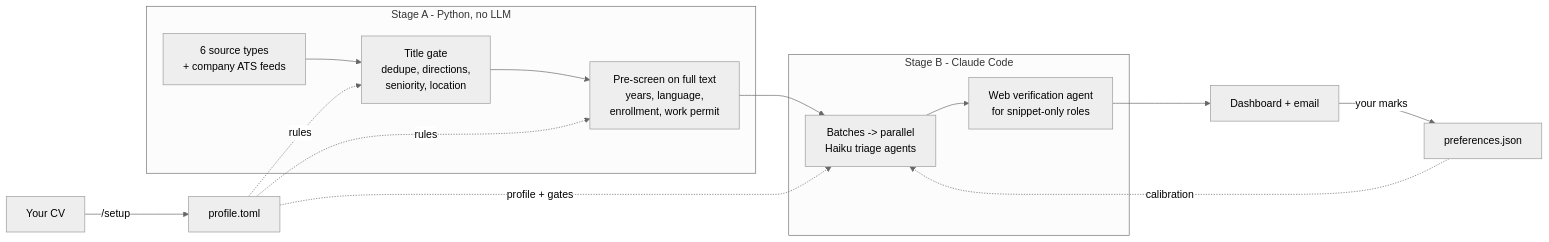
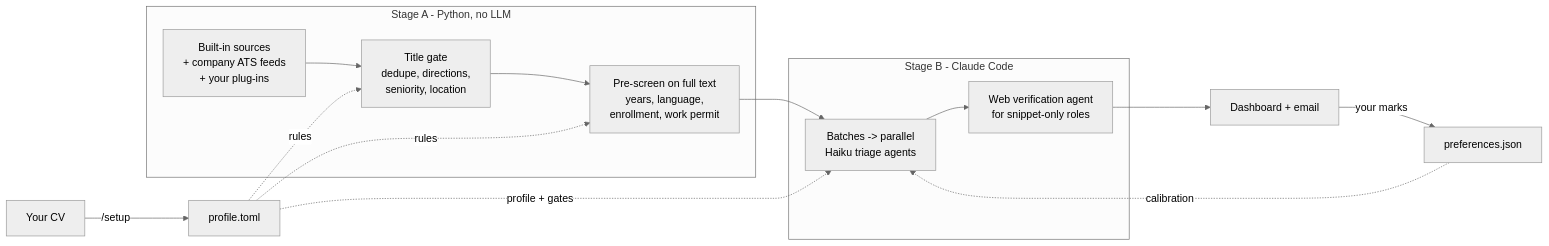
Before and after one commit to Yangzhou8833/job-radar: the diagram in README.md, drawn with Mermaid (neutral theme). The commit also changed other lines of this file and 10 other files, not shown here.

First line of the commit message:
Pluggable sources: sources_custom/ plug-ins, company_boards, /add-source

````diff
--- a/README.md
+++ b/README.md
@@ -35,18 +36,18 @@
 ```mermaid
 flowchart LR
     CV[Your CV] -->|/setup| P[profile.toml]
     subgraph A[Stage A - Python, no LLM]
-        S[6 source types<br/>+ company ATS feeds] --> G[Title gate<br/>dedupe, directions,<br/>seniority, location]
+        S[Built-in sources<br/>+ company ATS feeds<br/>+ your plug-ins] --> G[Title gate<br/>dedupe, directions,<br/>seniority, location]
         G --> PS[Pre-screen on full text<br/>years, language,<br/>enrollment, work permit]
     end
     subgraph B[Stage B - Claude Code]
         PS --> R[Batches -> parallel<br/>Haiku triage agents]
         R --> V[Web verification agent<br/>for snippet-only roles]
     end
     P -.rules.-> G
     P -.rules.-> PS
     P -.profile + gates.-> R
     V --> D[Dashboard + email]
     D -->|your marks| F[preferences.json]
     F -.calibration.-> R
 ```
````
